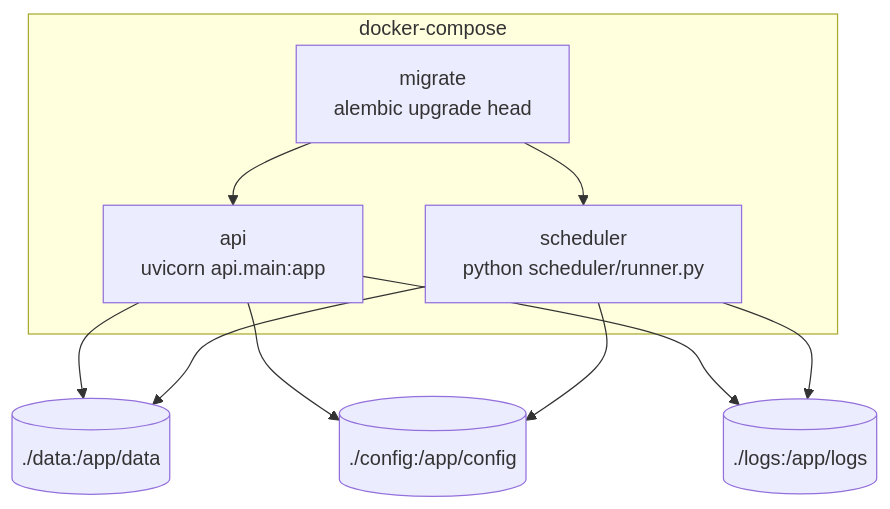
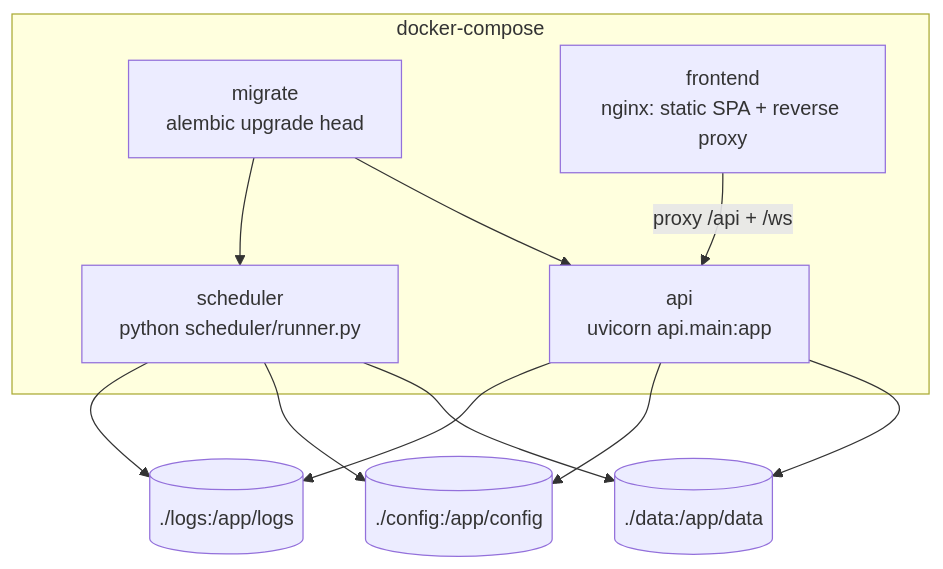
The second of 4 diagrams in docs/architecture.md (skang10/oil-signalyst), drawn with Mermaid before and after one commit. The commit also changed other lines of this file and 2 other files, not shown here.

First line of the commit message:
docs(architecture): bring all three architecture docs to current state

````diff
--- a/docs/architecture.md
+++ b/docs/architecture.md
@@ -53,18 +53,20 @@
 ```mermaid
 flowchart TB
     subgraph DockerCompose[docker-compose]
         Migrate[migrate<br/>alembic upgrade head]
         API[api<br/>uvicorn api.main:app]
         Scheduler[scheduler<br/>python scheduler/runner.py]
+        Frontend[frontend<br/>nginx: static SPA + reverse proxy]
     end
 
     Migrate --> API
     Migrate --> Scheduler
+    Frontend -->|proxy /api + /ws| API
 
     API --> DataVolume[(./data:/app/data)]
     Scheduler --> DataVolume
     API --> ConfigVolume[(./config:/app/config)]
     Scheduler --> ConfigVolume
     API --> LogsVolume[(./logs:/app/logs)]
     Scheduler --> LogsVolume
 ```
````
